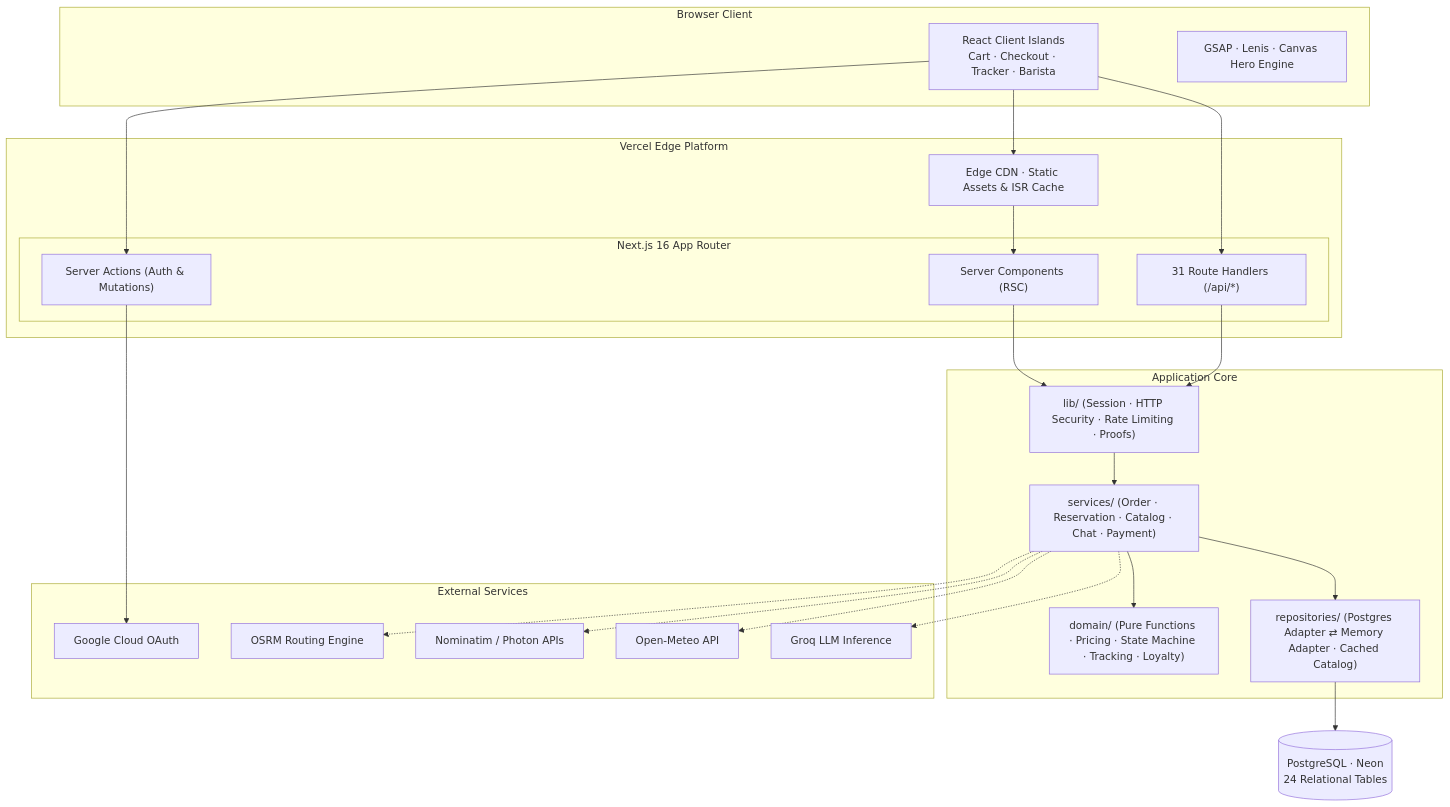
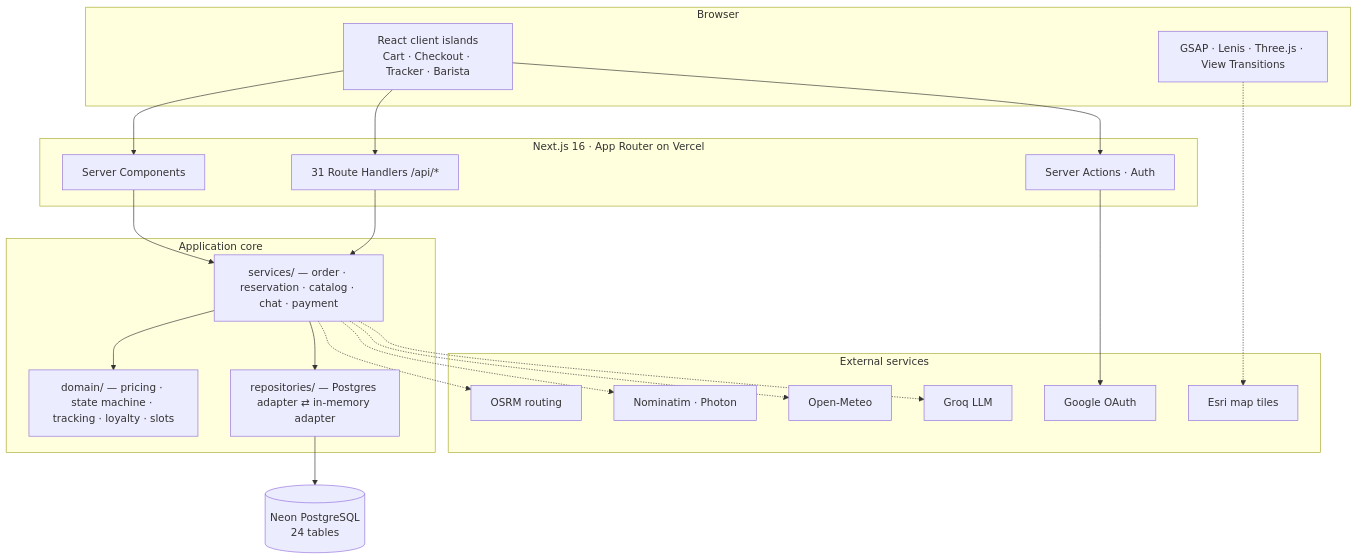
Before and after one commit to ManasSaxena14/AuraRoast: the first of 2 diagrams in README.md, drawn with Mermaid. The commit also changed other lines of this file and 84 other files, not shown here.

Commit message:
add SmartImage component, Three.js bean animations, and database schema migrations

````diff
--- a/README.md
+++ b/README.md
@@ -112,43 +116,37 @@
 ```mermaid
 flowchart TB
-    subgraph Client["Browser Client"]
-        UI["React Client Islands<br/>Cart · Checkout · Tracker · Barista"]
-        Motion["GSAP · Lenis · Canvas Hero Engine"]
+    subgraph Client["Browser"]
+        UI["React client islands<br/>Cart · Checkout · Tracker · Barista"]
+        FX["GSAP · Lenis · Three.js · View Transitions"]
     end
 
-    subgraph Edge["Vercel Edge Platform"]
-        CDN["Edge CDN · Static Assets & ISR Cache"]
-        subgraph App["Next.js 16 App Router"]
-            Pages["Server Components (RSC)"]
-            API["31 Route Handlers (/api/*)"]
-            Actions["Server Actions (Auth & Mutations)"]
-        end
+    subgraph App["Next.js 16 · App Router on Vercel"]
+        Pages["Server Components"]
+        API["31 Route Handlers /api/*"]
+        Actions["Server Actions · Auth"]
     end
 
-    subgraph Core["Application Core"]
-        Lib["lib/ (Session · HTTP Security · Rate Limiting · Proofs)"]
-        Services["services/ (Order · Reservation · Catalog · Chat · Payment)"]
-        Domain["domain/ (Pure Functions · Pricing · State Machine · Tracking · Loyalty)"]
-        Repos["repositories/ (Postgres Adapter ⇄ Memory Adapter · Cached Catalog)"]
+    subgraph Core["Application core"]
+        Services["services/ — order · reservation · catalog · chat · payment"]
+        Domain["domain/ — pricing · state machine · tracking · loyalty · slots"]
+        Repos["repositories/ — Postgres adapter ⇄ in-memory adapter"]
     end
 
-    DB[("PostgreSQL · Neon<br/>24 Relational Tables")]
+    DB[("Neon PostgreSQL<br/>24 tables")]
 
-    subgraph External["External Services"]
-        Google["Google Cloud OAuth"]
-        OSRM["OSRM Routing Engine"]
-        Geo["Nominatim / Photon APIs"]
-        Meteo["Open-Meteo API"]
-        Groq["Groq LLM Inference"]
+    subgraph External["External services"]
+        Google["Google OAuth"]
+        OSRM["OSRM routing"]
+        Geo["Nominatim · Photon"]
+        Meteo["Open-Meteo"]
+        Groq["Groq LLM"]
+        Esri["Esri map tiles"]
     end
 
-    UI --> CDN --> Pages
-    UI --> API
-    UI --> Actions
-    Pages --> Lib
-    API --> Lib
+    UI --> Pages & API & Actions
+    Pages & API --> Services --> Domain
+    Services --> Repos --> DB
     Actions --> Google
-    Lib --> Services --> Domain
-    Services --> Repos --> DB
     Services -.-> OSRM & Geo & Meteo & Groq
+    FX -.-> Esri
 ```
````
